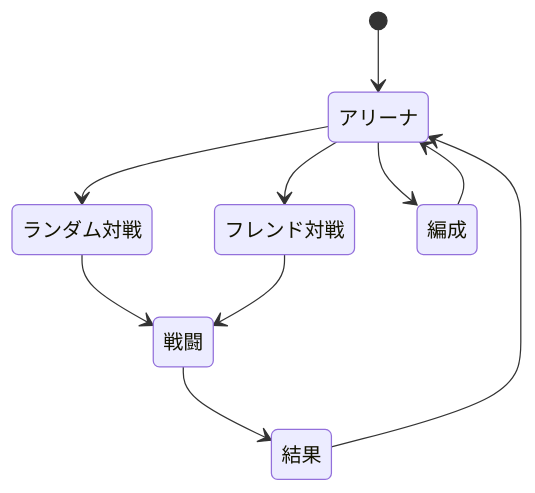
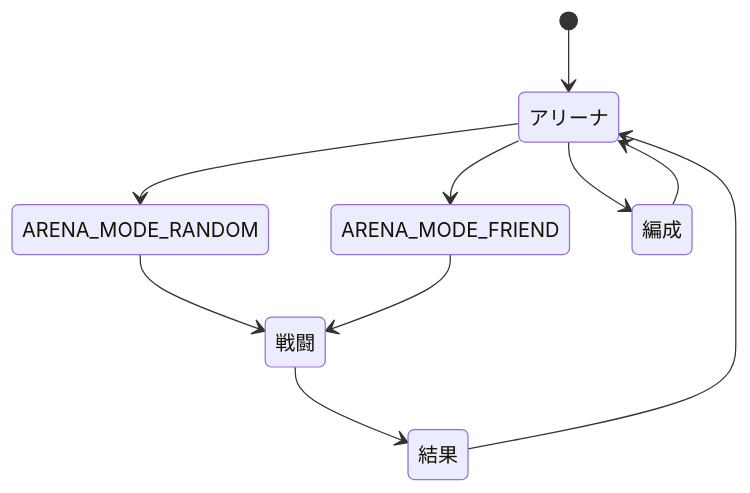
The diagram in design/game/arina.md (ReHydrangeaOdyssey/Specifications), drawn with Mermaid before and after one commit. The commit also changed 12 other files, not shown here.

Commit message:
図などの名称の統一

````diff
--- a/design/game/arina.md
+++ b/design/game/arina.md
@@ -13,13 +13,16 @@
 ```mermaid
 stateDiagram-v2
     [*] --> アリーナ
-    アリーナ --> ランダム対戦
-    アリーナ --> フレンド対戦
+    state "ARENA_MODE_RANDOM" as ArenaModeRandom
+    state "ARENA_MODE_FRIEND" as ArenaModeFriend
+
+    アリーナ --> ArenaModeRandom
+    アリーナ --> ArenaModeFriend
     アリーナ --> 編成
     編成 --> アリーナ
 
-    ランダム対戦 --> 戦闘
-    フレンド対戦 --> 戦闘
+    ArenaModeRandom --> 戦闘
+    ArenaModeFriend --> 戦闘
     戦闘 --> 結果
     結果 --> アリーナ
 ```
````
